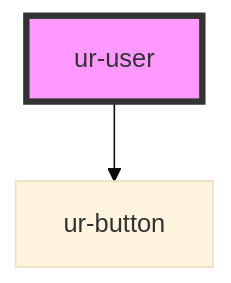
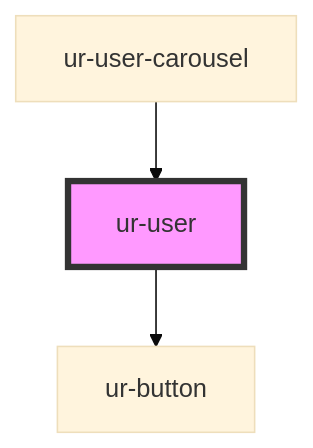
One commit to hellish/urnovl-web-components changed the diagram in src/components/ur-user/readme.md. Above: the diagram before and after it, drawn with Mermaid (base theme). The commit also changed other lines of this file and 24 other files, not shown here.

Commit message:
Updates on Page, User, UserCarousel, PageCarousel components

````diff
--- a/src/components/ur-user/readme.md
+++ b/src/components/ur-user/readme.md
@@ -34,5 +43,6 @@
 ```mermaid
 graph TD;
   ur-user --> ur-button
+  ur-user-carousel --> ur-user
   style ur-user fill:#f9f,stroke:#333,stroke-width:4px
 ```
````
